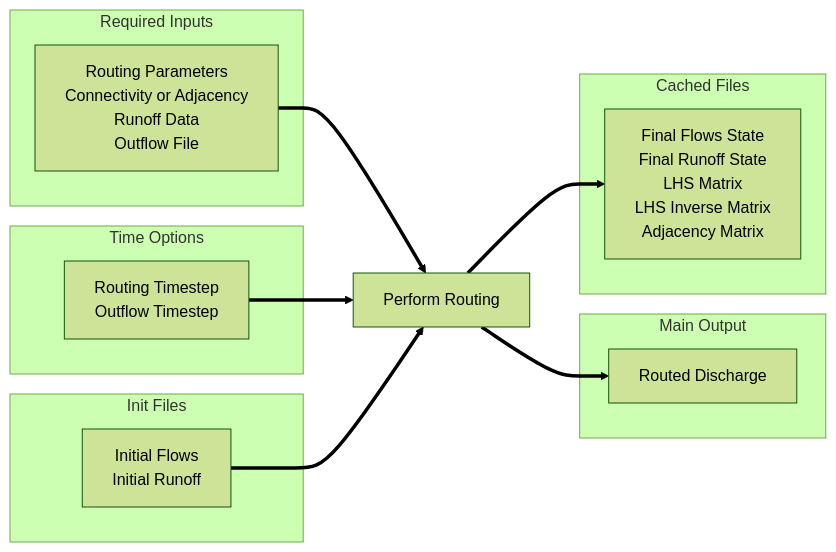
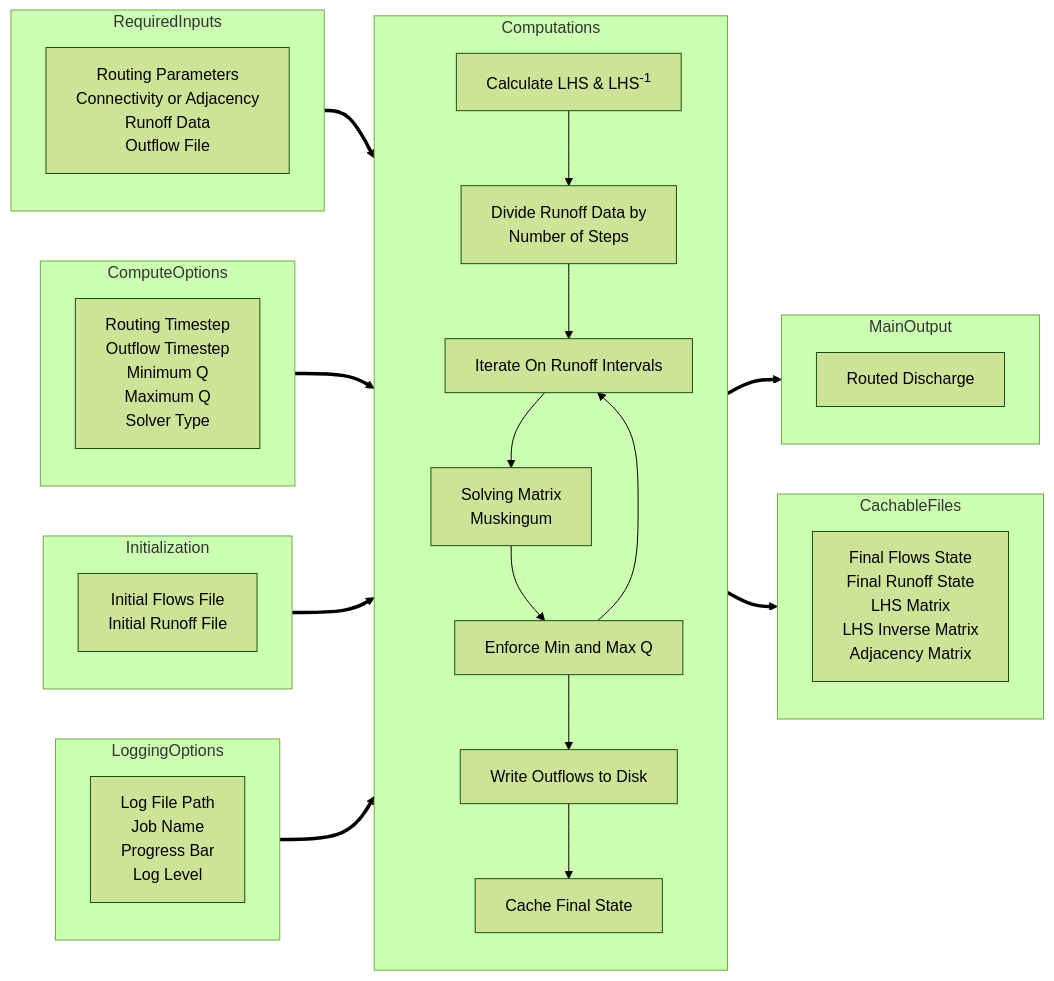
The diagram in README.md (rileyhales/river-route), drawn with Mermaid (forest theme) before and after one commit. The commit also changed other lines of this file and 5 other files, not shown here.

Commit message:
log level configurable,type notations

````diff
--- a/README.md
+++ b/README.md
@@ -63,44 +69,43 @@
 ```mermaid
+---
+Title: River Route Process Diagram
+---
 graph LR
-subgraph "Required Inputs"
-Inputs["
-Routing Parameters
-Connectivity or Adjacency
-Runoff Data
-Outflow File
-"]
-end
+    subgraph "RequiredInputs"
+        Inputs["Routing Parameters \n Connectivity or Adjacency \n Runoff Data \n Outflow File"]
+    end
 
-subgraph "Time Options"
-TimeParameters["
-Routing Timestep
-Outflow Timestep
-"]
-end
+    subgraph "ComputeOptions"
+        co1["Routing Timestep \n Outflow Timestep \n Minimum Q \n Maximum Q \n Solver Type"]
+    end
 
-subgraph "Init Files"
-Initialization["
-Initial Flows
-Initial Runoff
-"]
-end
+    subgraph "Initialization"
+        i1["Initial Flows File \n Initial Runoff File"]
+    end
 
-Routing[Perform Routing]
+    subgraph "LoggingOptions"
+        management["Log File Path \n Job Name \n Progress Bar \n Log Level"]
+    end
 
-subgraph "Main Output"
-Result[Routed Discharge]
-end
+    subgraph "Computations"
+        direction TB
+        a[Calculate LHS & LHS<sup>-1</sup>] --> b
+        b[Divide Runoff Data by \n Number of Steps] --> c
+        c[Iterate On Runoff Intervals] --> d
+        d[Solving Matrix \n Muskingum] --> e
+        e[Enforce Min and Max Q] --> f & c
+        f[Write Outflows to Disk] --> g
+        g[Cache Final State]
+    end
 
-subgraph "Cached Files"
-CachedFiles["
-Final Flows State
-Final Runoff State
-LHS Matrix
-LHS Inverse Matrix
-Adjacency Matrix
-"]
-end
+    subgraph "MainOutput"
+        Result[Routed Discharge]
+    end
 
-Inputs & TimeParameters & Initialization ==> Routing
-Routing ==> Result & CachedFiles
+    subgraph "CachableFiles"
+        CachedFiles["Final Flows State \n Final Runoff State \n LHS Matrix \n LHS Inverse Matrix \n Adjacency Matrix"]
+    end
+
+    RequiredInputs & ComputeOptions & Initialization & LoggingOptions ==> Computations
+    Computations ==> MainOutput & CachableFiles
 ```
````
